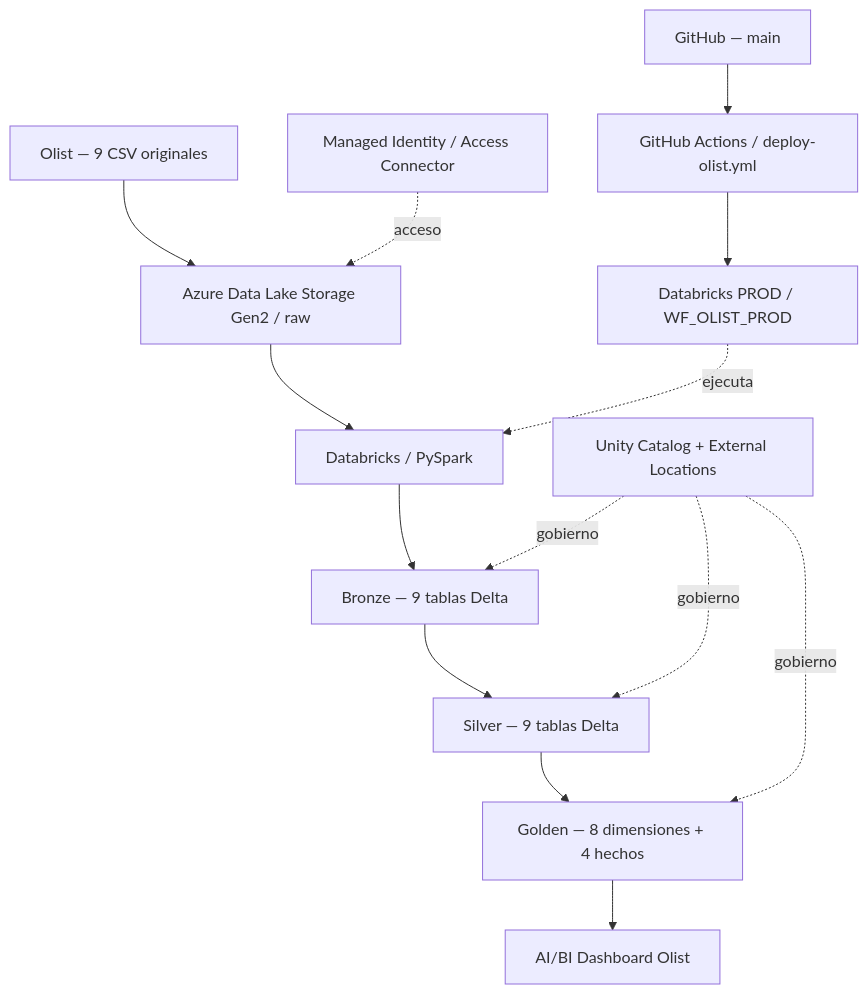
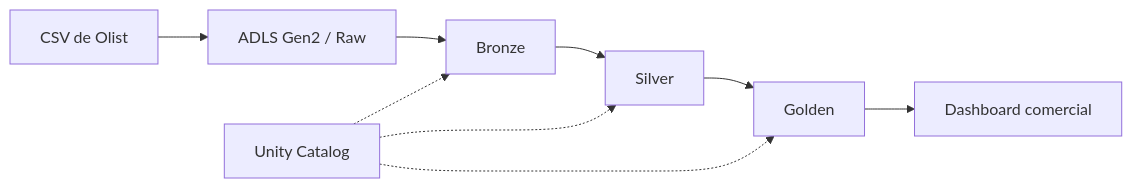
Before and after one commit to CristianOmarHZ/proyecto-comercial-databricks: the diagram in README.md, drawn with Mermaid. The commit also changed other lines of this file, not shown here.

````diff
--- a/README.md
+++ b/README.md
@@ -24,16 +19,11 @@
 ```mermaid
-flowchart TD
-    A[Olist — 9 CSV originales] --> B[Azure Data Lake Storage Gen2 / raw]
-    MI[Managed Identity / Access Connector] -. acceso .-> B
-    B --> C[Databricks / PySpark]
-    C --> D[Bronze — 9 tablas Delta]
-    D --> E[Silver — 9 tablas Delta]
-    E --> F[Golden — 8 dimensiones + 4 hechos]
-    UC[Unity Catalog + External Locations] -. gobierno .-> D
-    UC -. gobierno .-> E
-    UC -. gobierno .-> F
-    F --> G[AI/BI Dashboard Olist]
-    H[GitHub — main] --> I[GitHub Actions / deploy-olist.yml]
-    I --> J[Databricks PROD / WF_OLIST_PROD]
-    J -. ejecuta .-> C
+flowchart LR
+    A[CSV de Olist] --> B[ADLS Gen2 / Raw]
+    B --> C[Bronze]
+    C --> D[Silver]
+    D --> E[Golden]
+    E --> F[Dashboard comercial]
+    G[Unity Catalog] -.-> C
+    G -.-> D
+    G -.-> E
 ```
````
